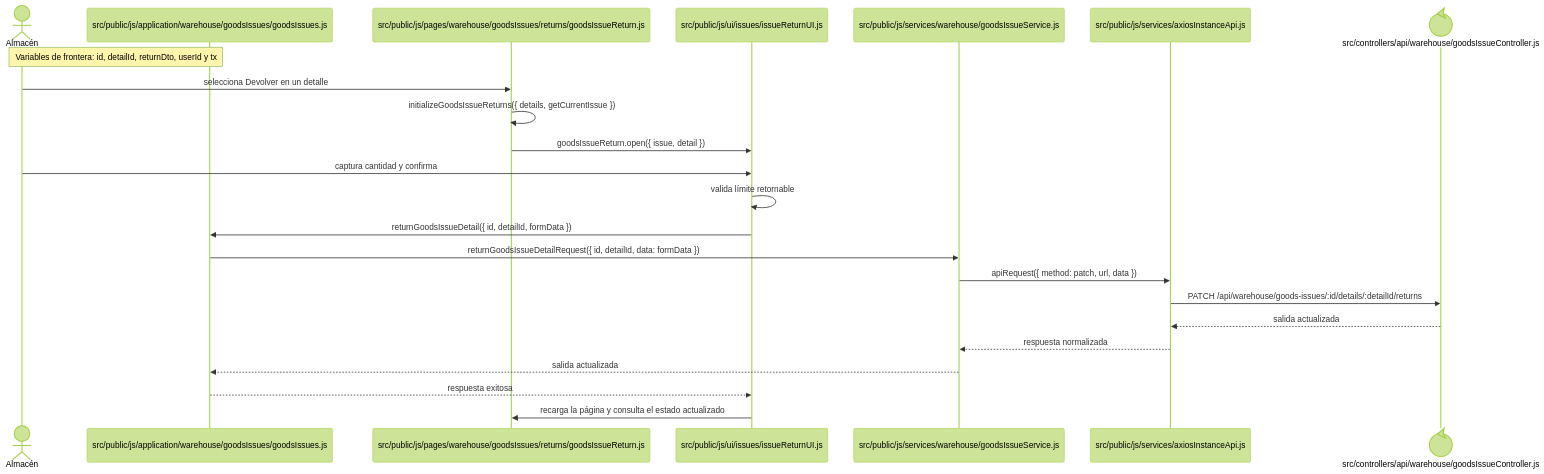
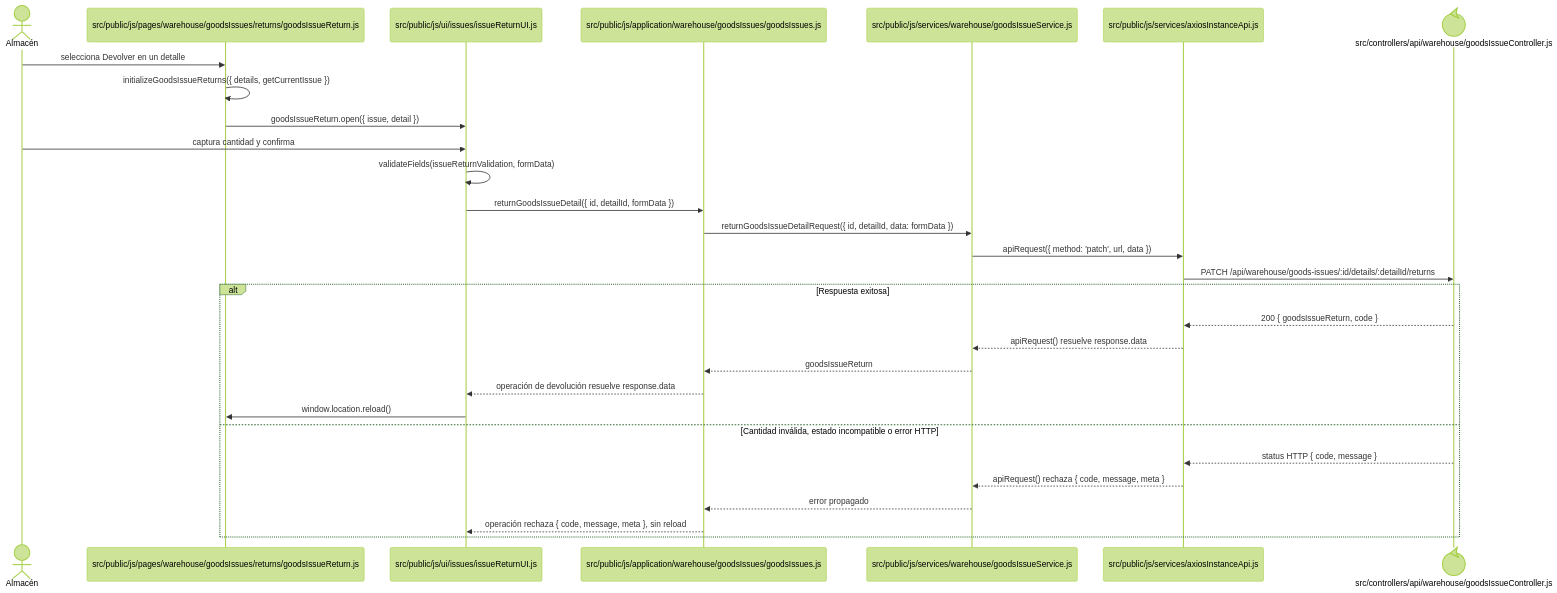
The diagram in docs/architecture/frontend-code-sequences/issues/cu-sal-06.md (gpgsistemas01/nexus), drawn with Mermaid (forest theme) before and after one commit. The commit also changed 148 other files, not shown here.

````diff
--- a/docs/architecture/frontend-code-sequences/issues/cu-sal-06.md
+++ b/docs/architecture/frontend-code-sequences/issues/cu-sal-06.md
@@ -6,26 +6,32 @@
 ```mermaid
 sequenceDiagram
-    Note over Warehouse,App: Variables de frontera: id, detailId, returnDto, userId y tx
     actor Warehouse as Almacén
     participant Issue as src/public/js/pages/warehouse/goodsIssues/returns/goodsIssueReturn.js
     participant Return as src/public/js/ui/issues/issueReturnUI.js
     participant App as src/public/js/application/warehouse/goodsIssues/goodsIssues.js
     participant Request as src/public/js/services/warehouse/goodsIssueService.js
     participant HTTP as src/public/js/services/axiosInstanceApi.js
     participant API@{ "type": "control" } as src/controllers/api/warehouse/goodsIssueController.js
 
     Warehouse->>Issue: selecciona Devolver en un detalle
     Issue->>Issue: initializeGoodsIssueReturns({ details, getCurrentIssue })
     Issue->>Return: goodsIssueReturn.open({ issue, detail })
     Warehouse->>Return: captura cantidad y confirma
-    Return->>Return: valida límite retornable
+    Return->>Return: validateFields(issueReturnValidation, formData)
     Return->>App: returnGoodsIssueDetail({ id, detailId, formData })
     App->>Request: returnGoodsIssueDetailRequest({ id, detailId, data: formData })
-    Request->>HTTP: apiRequest({ method: patch, url, data })
+    Request->>HTTP: apiRequest({ method: 'patch', url, data })
     HTTP->>API: PATCH /api/warehouse/goods-issues/:id/details/:detailId/returns
-    API-->>HTTP: salida actualizada
-    HTTP-->>Request: respuesta normalizada
-    Request-->>App: salida actualizada
-    App-->>Return: respuesta exitosa
-    Return->>Issue: recarga la página y consulta el estado actualizado
+    alt Respuesta exitosa
+        API-->>HTTP: 200 { goodsIssueReturn, code }
+        HTTP-->>Request: apiRequest() resuelve response.data
+        Request-->>App: goodsIssueReturn
+        App-->>Return: operación de devolución resuelve response.data
+        Return->>Issue: window.location.reload()
+    else Cantidad inválida, estado incompatible o error HTTP
+        API-->>HTTP: status HTTP { code, message }
+        HTTP-->>Request: apiRequest() rechaza { code, message, meta }
+        Request-->>App: error propagado
+        App-->>Return: operación rechaza { code, message, meta }, sin reload
+    end
 ```
````
